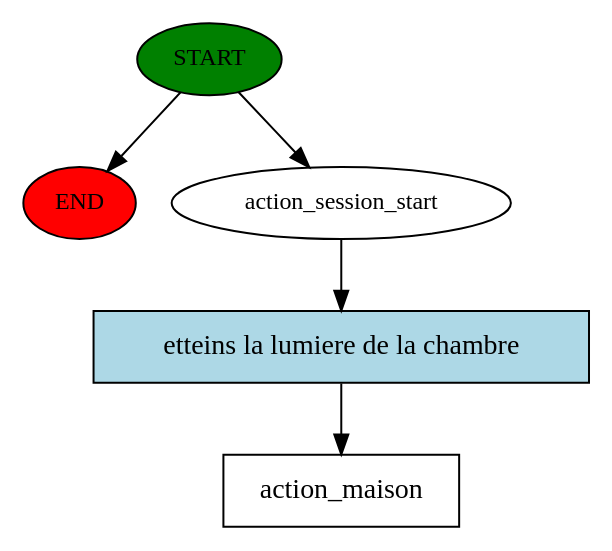
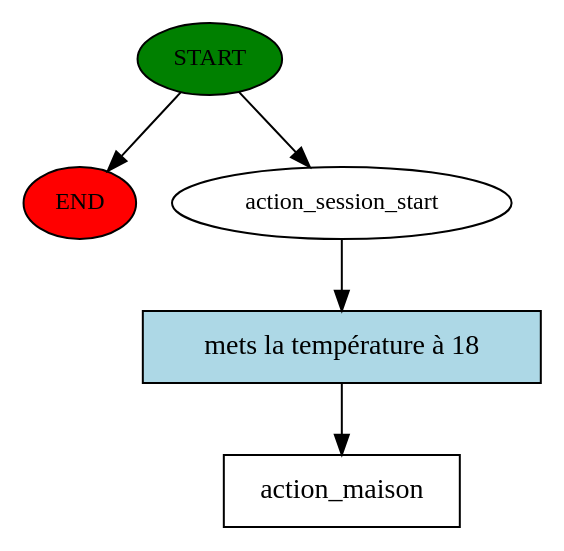
Before and after one commit to AlexandreLanglade/interaction_chatbot: the diagram in rasa_chatbot/story_graph.dot, drawn with Graphviz. The commit also changed 3 other files, not shown here.

```diff
--- a/rasa_chatbot/story_graph.dot
+++ b/rasa_chatbot/story_graph.dot
@@ -1,11 +1,11 @@
 digraph  {
 0 [class="start active", fillcolor=green, fontsize=12, label=START, style=filled];
 "-1" [class=end, fillcolor=red, fontsize=12, label=END, style=filled];
 1 [class=active, fontsize=12, label=action_session_start];
 2 [class="intent dashed active", label=action_maison, shape=rect];
-3 [class="intent active", fillcolor=lightblue, label="etteins la lumiere de la chambre", shape=rect, style=filled];
+3 [class="intent active", fillcolor=lightblue, label="mets la température à 18", shape=rect, style=filled];
 0 -> "-1"  [class="", key=NONE, label=""];
 0 -> 1  [class=active, key=NONE, label=""];
 1 -> 3  [class=active, key=0];
 3 -> 2  [class=active, key=0];
 }
```
